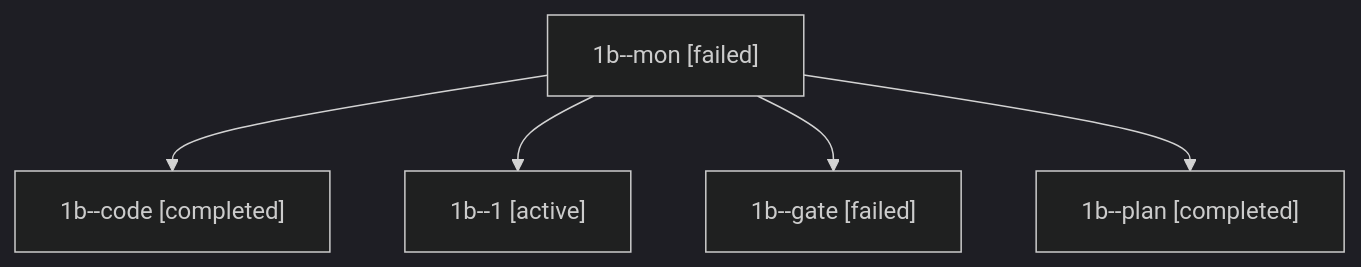
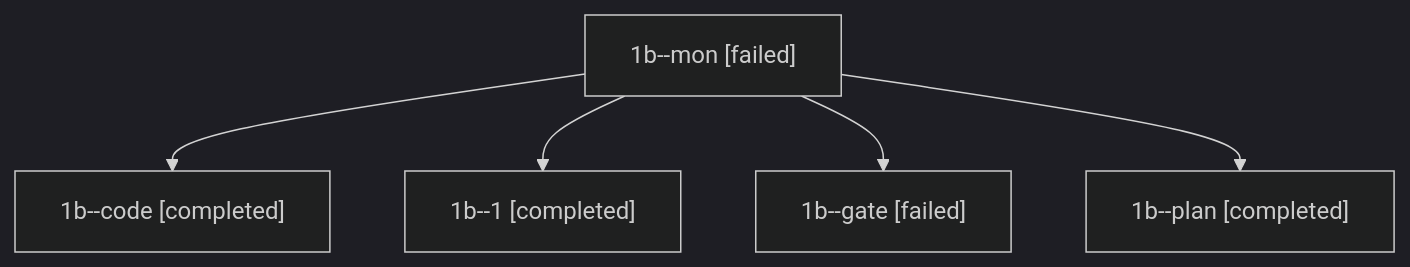
Before and after one commit to sase-org/sase--agents: the diagram in sessions/bbugyi200.apollo.1b.md, drawn with Mermaid (dark theme). The commit also changed other lines of this file and 26 other files, not shown here.

````diff
--- a/sessions/bbugyi200.apollo.1b.md
+++ b/sessions/bbugyi200.apollo.1b.md
@@ -9,12 +9,12 @@
 ```mermaid
 flowchart TD
   n0["1b--mon [failed]"]
   n1["1b--code [completed]"]
   n0 --> n1
-  n2["1b--1 [active]"]
+  n2["1b--1 [completed]"]
   n0 --> n2
   n3["1b--gate [failed]"]
   n0 --> n3
   n4["1b--plan [completed]"]
   n0 --> n4
 ```
````
